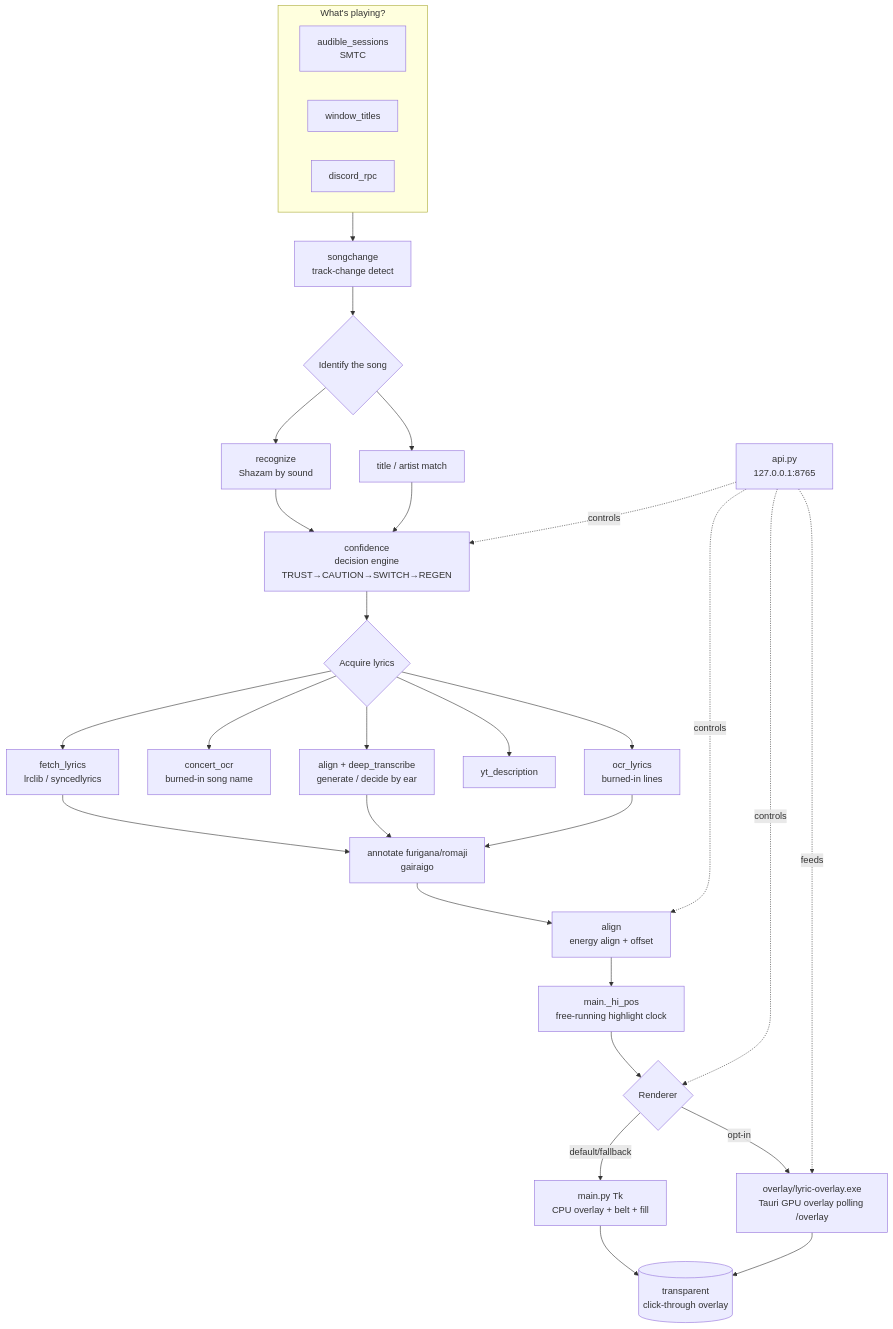
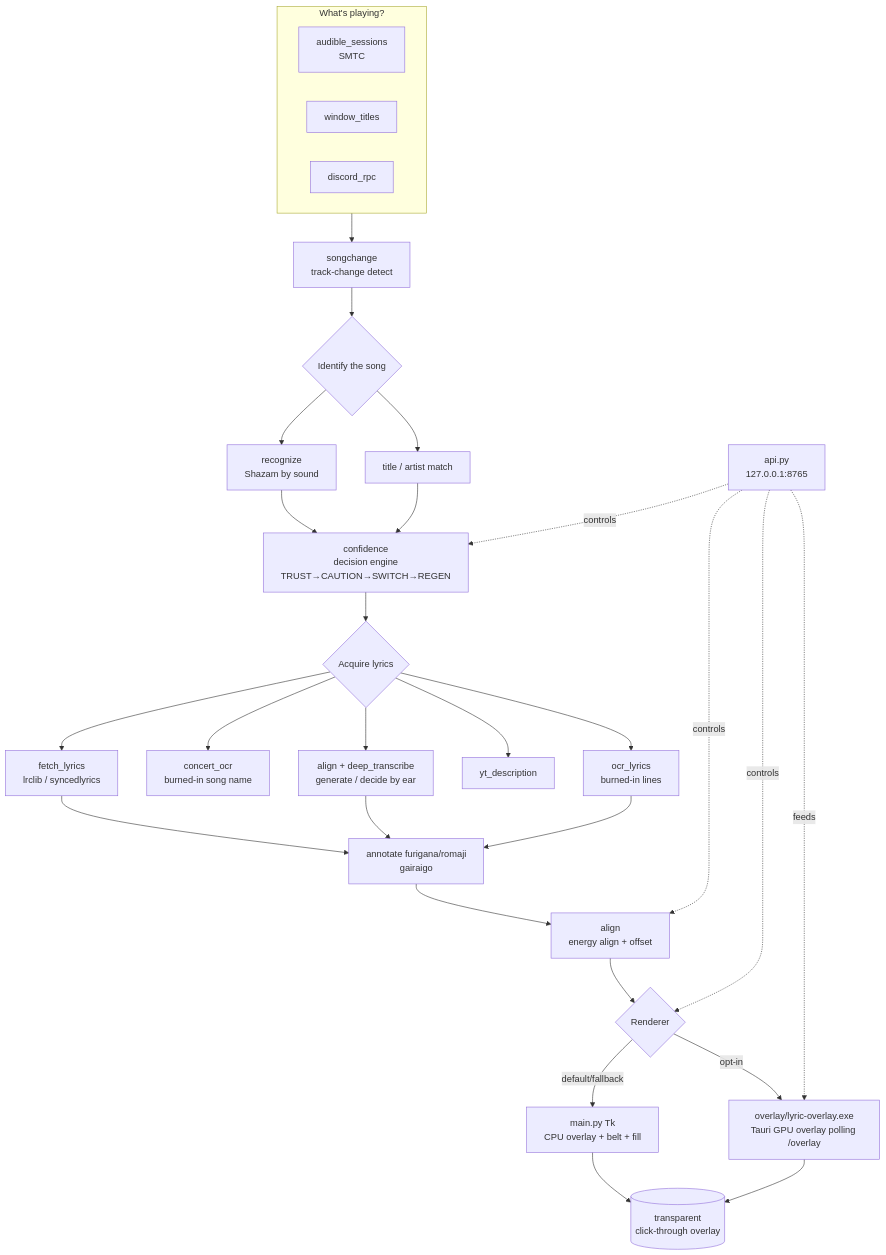
One commit to BarnsL/Lyric-Immersion-and-Karaoke changed the diagram in docs/DEPLOYMENT.md. Above: the diagram before and after it, drawn with Mermaid. The commit also changed other lines of this file and 44 other files, not shown here.

````diff
--- a/docs/DEPLOYMENT.md
+++ b/docs/DEPLOYMENT.md
@@ -172,40 +209,39 @@
 ```mermaid
 flowchart TD
     subgraph SRC["What's playing?"]
         SMTC[audible_sessions<br/>SMTC] 
         WT[window_titles]
         DRP[discord_rpc]
     end
     SRC --> SC[songchange<br/>track-change detect]
 
     SC --> ID{Identify the song}
     ID --> SHZ[recognize<br/>Shazam by sound]
     ID --> TITLE[title / artist match]
 
     SHZ --> DE[confidence<br/>decision engine<br/>TRUST→CAUTION→SWITCH→REGEN]
     TITLE --> DE
 
     DE --> ACQ{Acquire lyrics}
     ACQ --> FETCH[fetch_lyrics<br/>lrclib / syncedlyrics]
     ACQ --> COCR[concert_ocr<br/>burned-in song name]
     ACQ --> OCR[ocr_lyrics<br/>burned-in lines]
     ACQ --> YTD[yt_description]
     ACQ --> GEN[align + deep_transcribe<br/>generate / decide by ear]
 
     FETCH --> ANN[annotate furigana/romaji<br/>gairaigo]
     GEN --> ANN
     OCR --> ANN
     ANN --> SYNC[align<br/>energy align + offset]
 
-    SYNC --> CLOCK[main._hi_pos<br/>free-running highlight clock]
-    CLOCK --> R{Renderer}
+    SYNC --> R{Renderer}
     R -->|default/fallback| TK[main.py Tk<br/>CPU overlay + belt + fill]
     R -->|opt-in| GPU[overlay/lyric-overlay.exe<br/>Tauri GPU overlay polling /overlay]
     TK --> SCREEN[(transparent<br/>click-through overlay)]
     GPU --> SCREEN
 
     API[api.py<br/>127.0.0.1:8765] -.controls.-> DE
     API -.controls.-> SYNC
     API -.controls.-> R
     API -.feeds.-> GPU
 ```
````
